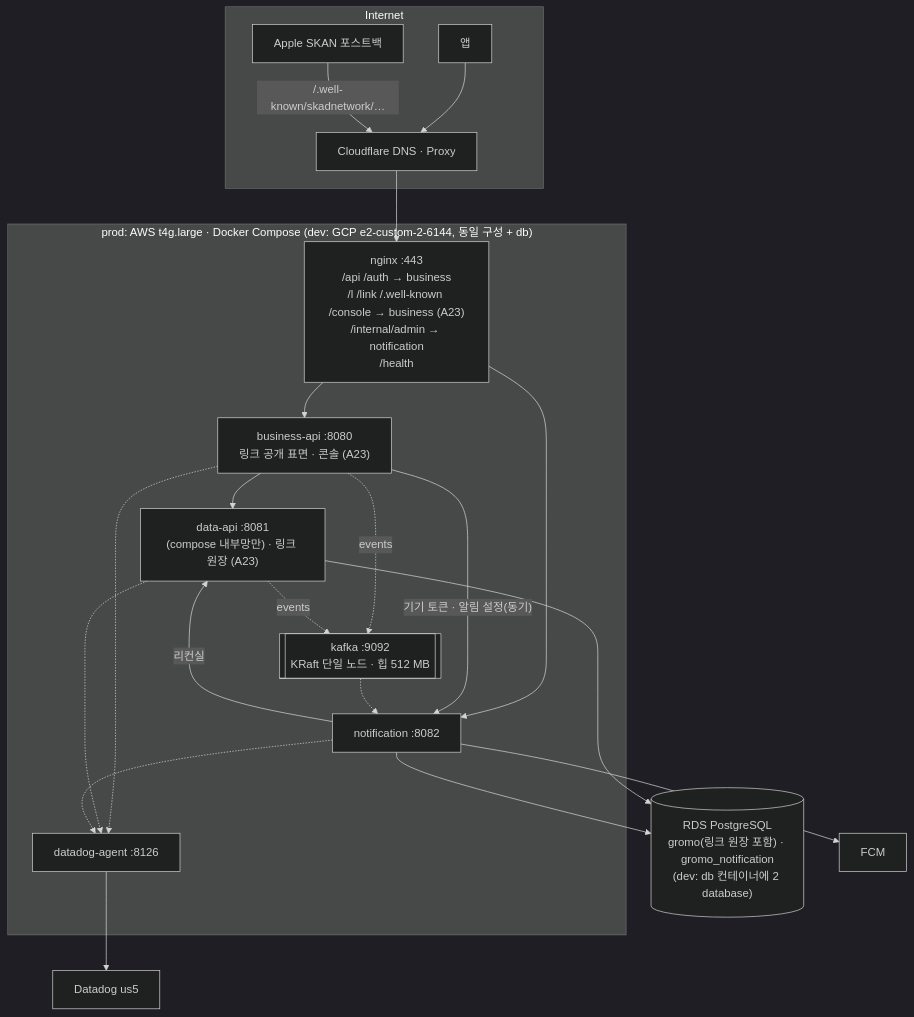
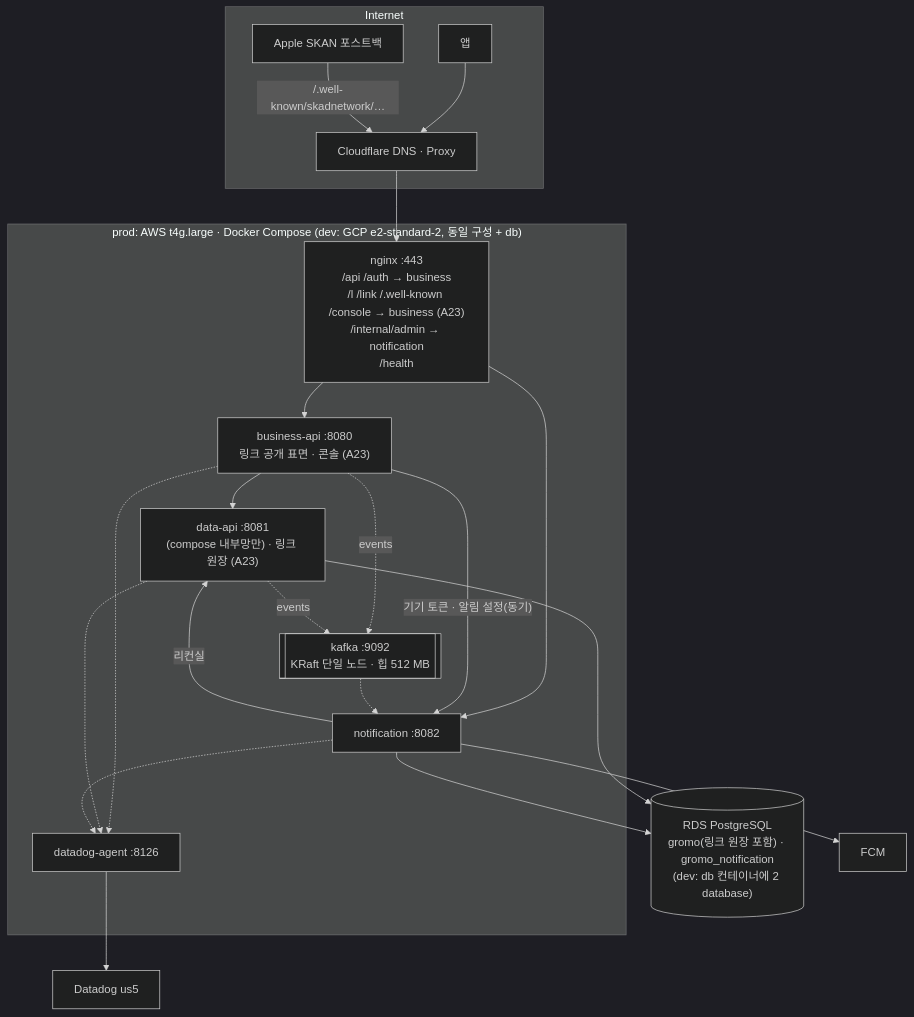
Before and after one commit to OneOrThree/phone: the diagram in docs/architecture/system-architecture.md, drawn with Mermaid (dark theme). The commit also changed other lines of this file and 6 other files, not shown here.

````diff
--- a/docs/architecture/system-architecture.md
+++ b/docs/architecture/system-architecture.md
@@ -18,35 +18,35 @@
 ```mermaid
 flowchart TB
   subgraph Internet
     APPc["앱"]
     CF["Cloudflare DNS · Proxy"]
     APPLE["Apple SKAN 포스트백"]
     %% A23(2026-09-13): Vercel(OneOrThree/mmp-custom)·Neon 노드 제거 — 링크는 business-api·data-api 안
   end
-  subgraph VM["prod: AWS t4g.large · Docker Compose (dev: GCP e2-custom-2-6144, 동일 구성 + db)"]
+  subgraph VM["prod: AWS t4g.large · Docker Compose (dev: GCP e2-standard-2, 동일 구성 + db)"]
     NX["nginx :443<br/>/api /auth → business<br/>/l /link /.well-known /console → business (A23)<br/>/internal/admin → notification<br/>/health"]
     BIZ["business-api :8080<br/>링크 공개 표면 · 콘솔 (A23)"]
     DATA["data-api :8081<br/>(compose 내부망만) · 링크 원장 (A23)"]
     NS["notification :8082"]
     KF[["kafka :9092<br/>KRaft 단일 노드 · 힙 512 MB"]]
     DDA["datadog-agent :8126"]
   end
   RDS[("RDS PostgreSQL<br/>gromo(링크 원장 포함) · gromo_notification<br/>(dev: db 컨테이너에 2 database)")]
   FCM["FCM"]
   DD["Datadog us5"]
 
   APPc --> CF --> NX
   APPLE -->|"/.well-known/skadnetwork/…"| CF
   NX --> BIZ
   NX --> NS
   BIZ --> DATA
   BIZ -->|"기기 토큰 · 알림 설정(동기)"| NS
   BIZ -.->|"events"| KF
   DATA -.->|"events"| KF
   KF -.-> NS
   NS -->|"리컨실"| DATA
   DATA --> RDS
   NS --> RDS
   NS --> FCM
   BIZ & DATA & NS -.-> DDA --> DD
 ```
````
